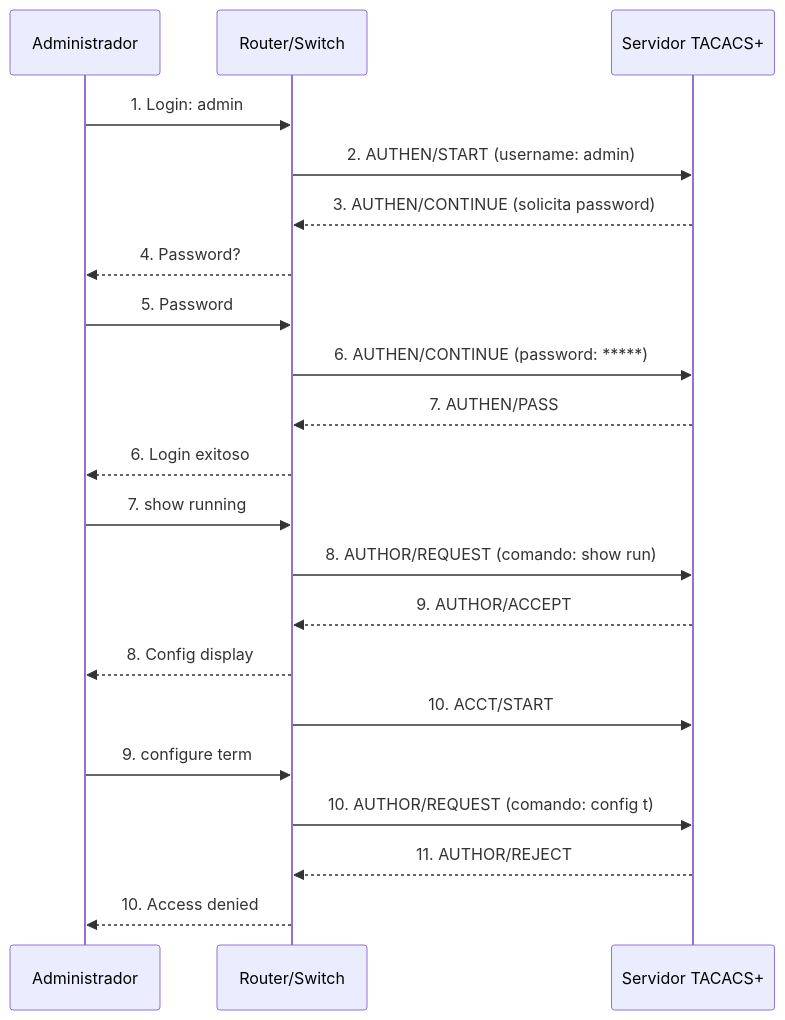
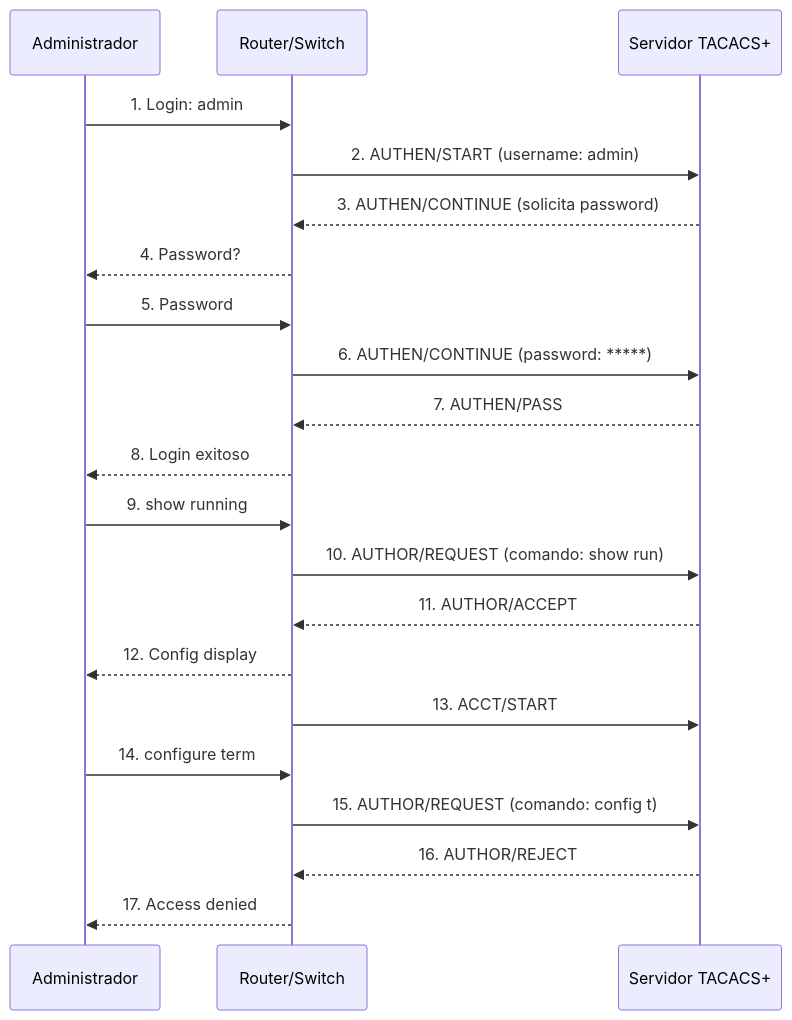
Before and after one commit to resuacode/sad: the ninth of 10 diagrams in docs/tema-03-seguridad-perimetral/04-servidores-acceso-remoto.mdx, drawn with Mermaid. The commit also changed other lines of this file and 4 other files, not shown here.

Commit message:
adding mermaid and some diagrams

````diff
--- a/docs/tema-03-seguridad-perimetral/04-servidores-acceso-remoto.mdx
+++ b/docs/tema-03-seguridad-perimetral/04-servidores-acceso-remoto.mdx
@@ -696,23 +651,23 @@
 ```mermaid
 sequenceDiagram
     participant Admin as Administrador
     participant Router as Router/Switch
     participant TAC as Servidor TACACS+
     Admin->>Router: 1. Login: admin
     Router->>TAC: 2. AUTHEN/START (username: admin)
     TAC-->>Router: 3. AUTHEN/CONTINUE (solicita password)
     Router-->>Admin: 4. Password?
     Admin->>Router: 5. Password
     Router->>TAC: 6. AUTHEN/CONTINUE (password: *****)
     TAC-->>Router: 7. AUTHEN/PASS
-    Router-->>Admin: 6. Login exitoso
-    Admin->>Router: 7. show running
-    Router->>TAC: 8. AUTHOR/REQUEST (comando: show run)
-    TAC-->>Router: 9. AUTHOR/ACCEPT
-    Router-->>Admin: 8. Config display
-    Router->>TAC: 10. ACCT/START
-    Admin->>Router: 9. configure term
-    Router->>TAC: 10. AUTHOR/REQUEST (comando: config t)
-    TAC-->>Router: 11. AUTHOR/REJECT
-    Router-->>Admin: 10. Access denied
+    Router-->>Admin: 8. Login exitoso
+    Admin->>Router: 9. show running
+    Router->>TAC: 10. AUTHOR/REQUEST (comando: show run)
+    TAC-->>Router: 11. AUTHOR/ACCEPT
+    Router-->>Admin: 12. Config display
+    Router->>TAC: 13. ACCT/START
+    Admin->>Router: 14. configure term
+    Router->>TAC: 15. AUTHOR/REQUEST (comando: config t)
+    TAC-->>Router: 16. AUTHOR/REJECT
+    Router-->>Admin: 17. Access denied
 ```
````
